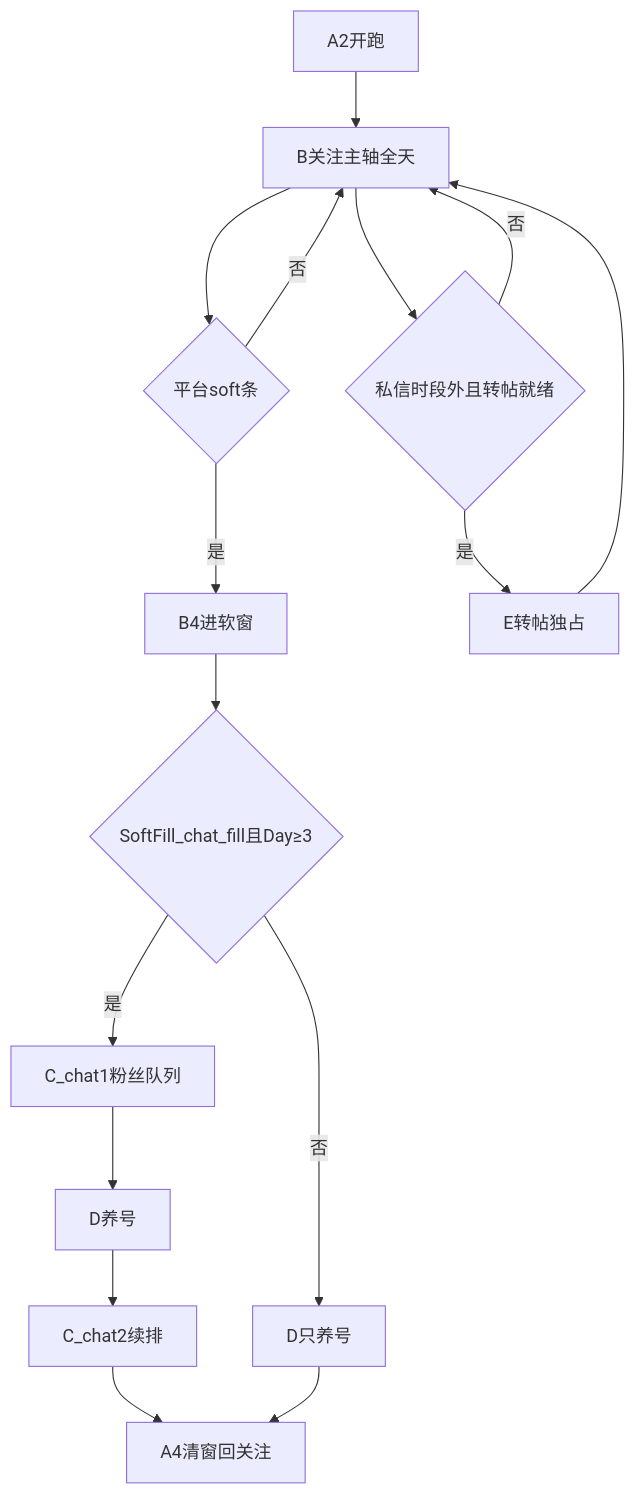
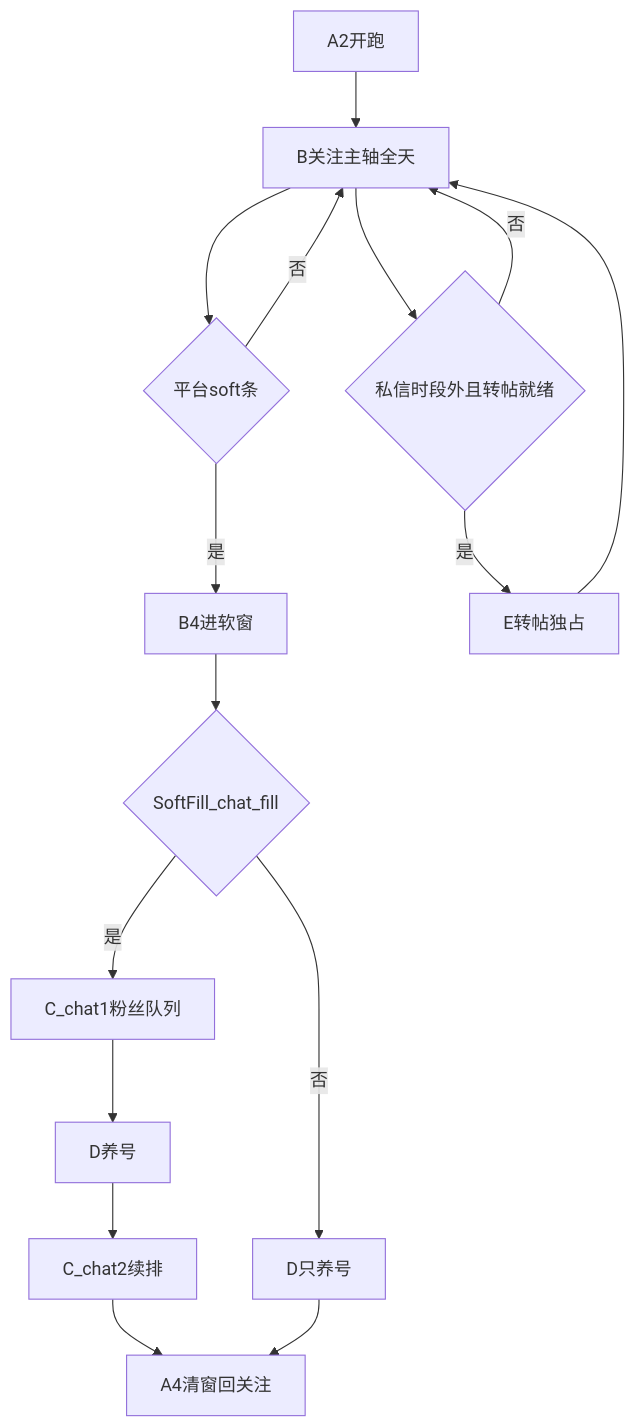
The diagram in docs/智能调度插件技术指导.md (tttonylu/zhinengdiaodu), drawn with Mermaid before and after one commit. The commit also changed other lines of this file and 44 other files, not shown here.

````diff
--- a/docs/智能调度插件技术指导.md
+++ b/docs/智能调度插件技术指导.md
@@ -67,18 +67,18 @@
 ```mermaid
 flowchart TD
   boot[A2开跑] --> follow[B关注主轴全天]
   follow --> soft{平台soft条}
   soft -->|是| fill[B4进软窗]
-  fill --> mode{SoftFill_chat_fill且Day≥3}
+  fill --> mode{SoftFill_chat_fill}
   mode -->|是| c1[C_chat1粉丝队列]
   c1 --> nur[D养号]
   nur --> c2[C_chat2续排]
   c2 --> back[A4清窗回关注]
   mode -->|否| nurOnly[D只养号]
   nurOnly --> back
   soft -->|否| follow
   follow --> chatOff{私信时段外且转帖就绪}
   chatOff -->|是| s0[E转帖独占]
   s0 --> follow
   chatOff -->|否| follow
 ```
````
